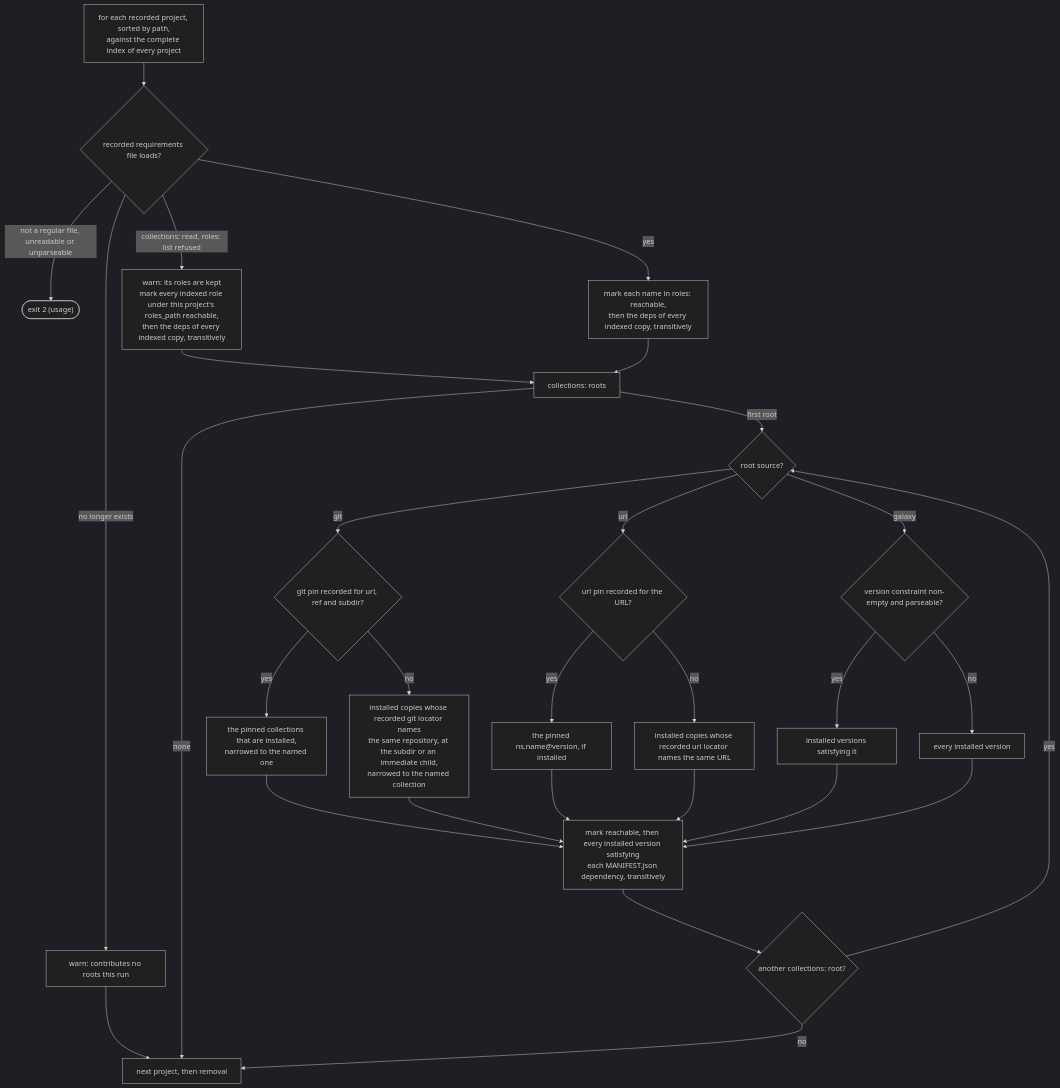
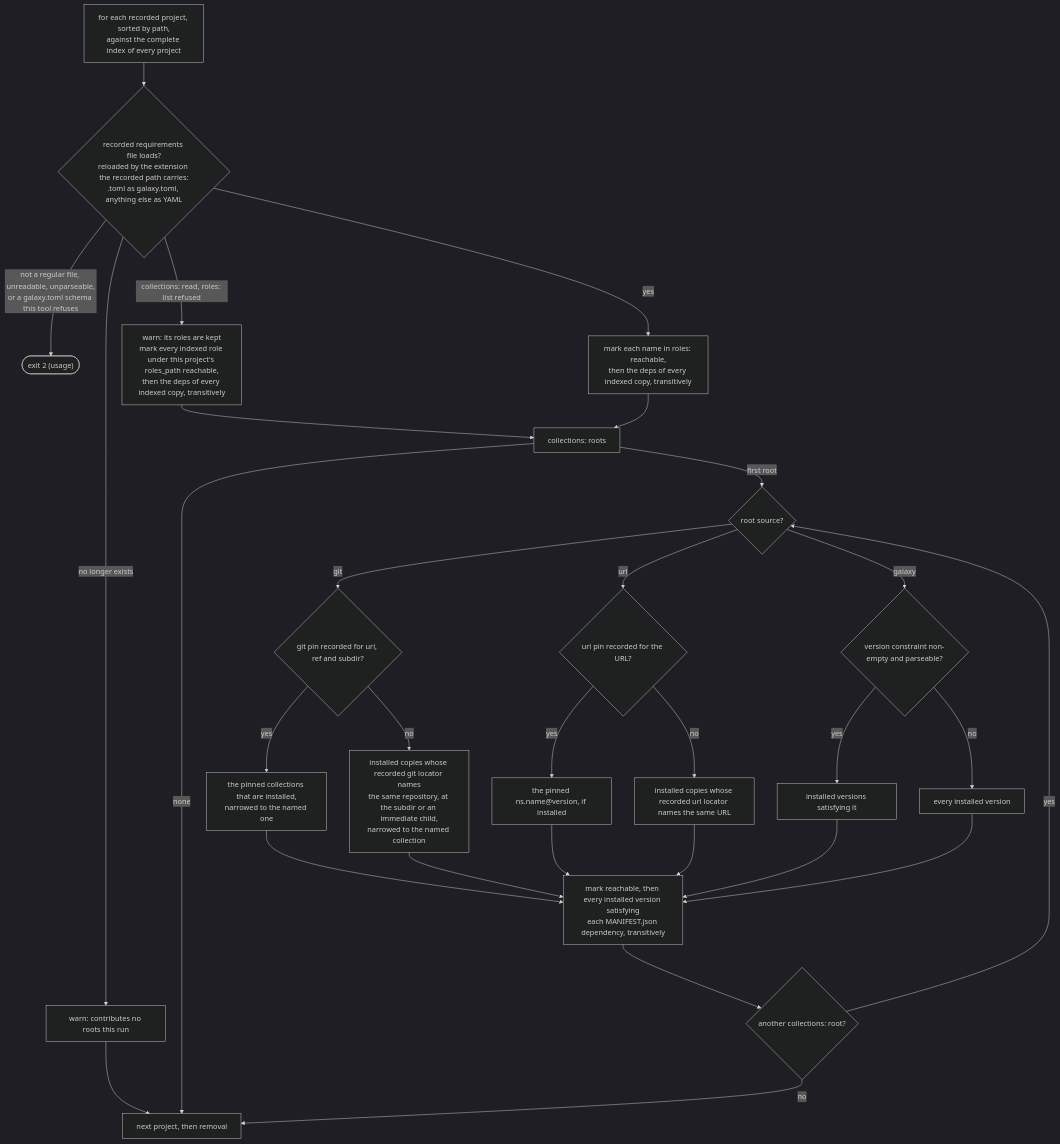
Before and after one commit to greeddj/go-galaxy: diagram 33 of 49 in docs/commands.md, drawn with Mermaid (dark theme). The commit also changed other lines of this file and 56 other files, not shown here.

````diff
--- a/docs/commands.md
+++ b/docs/commands.md
@@ -1725,31 +1776,31 @@
 ```mermaid
 flowchart TD
-    R1["for each recorded project, sorted by path,<br/>against the complete index of every project"] --> Req{"recorded requirements file loads?"}
+    R1["for each recorded project, sorted by path,<br/>against the complete index of every project"] --> Req{"recorded requirements file loads?<br/>reloaded by the extension the recorded path carries:<br/>.toml as galaxy.toml, anything else as YAML"}
     Req -->|"no longer exists"| RMiss["warn: contributes no roots this run"]
-    Req -->|"not a regular file, unreadable or unparseable"| X2(["exit 2 (usage)"])
+    Req -->|"not a regular file, unreadable, unparseable,<br/>or a galaxy.toml schema this tool refuses"| X2(["exit 2 (usage)"])
     Req -->|"collections: read, roles: list refused"| RKeep["warn: its roles are kept<br/>mark every indexed role under this project's roles_path reachable,<br/>then the deps of every indexed copy, transitively"]
     Req -->|"yes"| RRoots["mark each name in roles: reachable,<br/>then the deps of every indexed copy, transitively"]
     RMiss --> NextR
     RKeep --> CRoot
     RRoots --> CRoot["collections: roots"]
     CRoot -->|"none"| NextR
     CRoot -->|"first root"| Type{"root source?"}
     Type -->|"git"| GPin{"git pin recorded for url, ref and subdir?"}
     GPin -->|"yes"| GKeys["the pinned collections that are installed,<br/>narrowed to the named one"]
     GPin -->|"no"| GAll["installed copies whose recorded git locator names<br/>the same repository, at the subdir or an immediate child,<br/>narrowed to the named collection"]
     Type -->|"url"| UPin{"url pin recorded for the URL?"}
     UPin -->|"yes"| UKey["the pinned ns.name@version, if installed"]
     UPin -->|"no"| UAll["installed copies whose recorded url locator names the same URL"]
     Type -->|"galaxy"| Con{"version constraint non-empty and parseable?"}
     Con -->|"yes"| CSel["installed versions satisfying it"]
     Con -->|"no"| CAll["every installed version"]
     GKeys --> Mark
     GAll --> Mark
     UKey --> Mark
     UAll --> Mark
     CSel --> Mark
     CAll --> Mark
     Mark["mark reachable, then every installed version satisfying<br/>each MANIFEST.json dependency, transitively"] --> MoreRoot{"another collections: root?"}
     MoreRoot -->|"yes"| Type
     MoreRoot -->|"no"| NextR["next project, then removal"]
 ```
````
